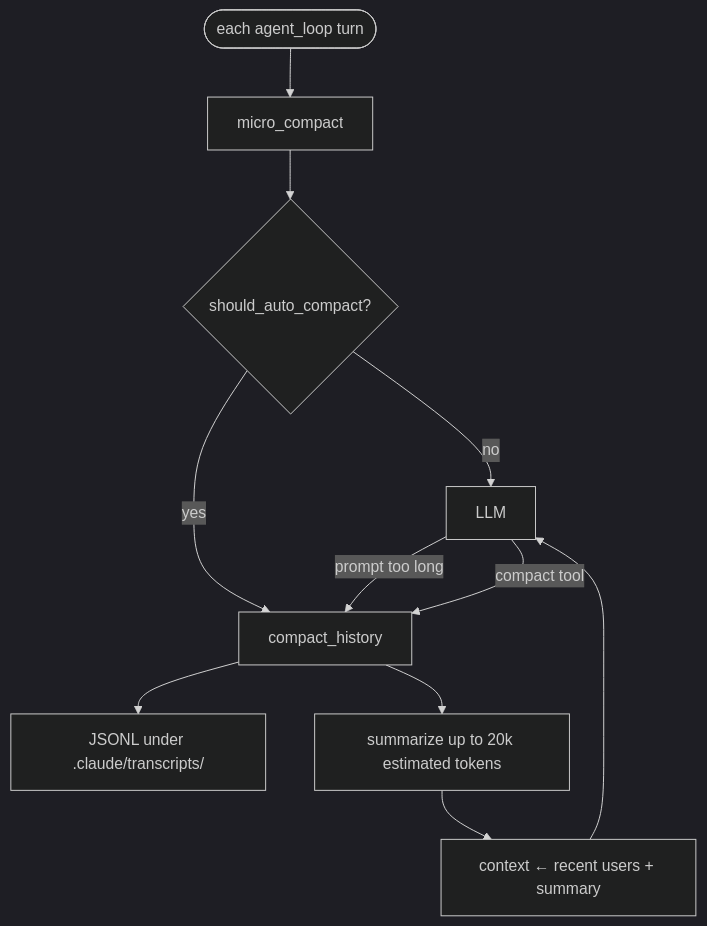
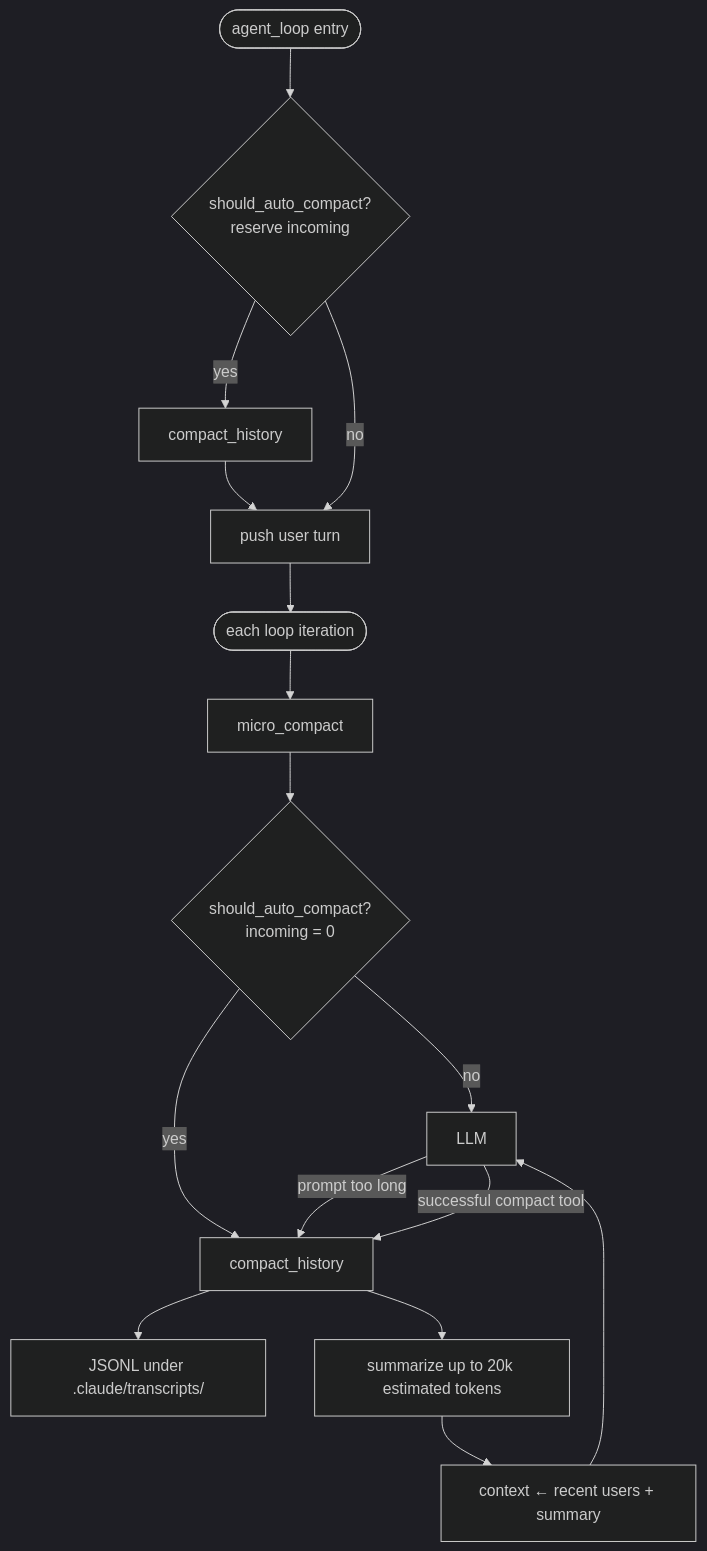
Before and after one commit to rust-infra/tact: the diagram in docs/compaction.md, drawn with Mermaid (dark theme). The commit also changed other lines of this file and 179 other files, not shown here.

````diff
--- a/docs/compaction.md
+++ b/docs/compaction.md
@@ -13,13 +13,18 @@
 ```mermaid
 flowchart TB
-    Turn([each agent_loop turn]) --> MC[micro_compact]
-    MC --> Est{should_auto_compact?}
+    Entry([agent_loop entry]) --> EntryEst{should_auto_compact?<br/>reserve incoming}
+    EntryEst -->|yes| EntryCH[compact_history]
+    EntryCH --> Push[push user turn]
+    EntryEst -->|no| Push
+    Push --> Turn([each loop iteration])
+    Turn --> MC[micro_compact]
+    MC --> Est{should_auto_compact?<br/>incoming = 0}
     Est -->|no| Prompt[LLM]
     Est -->|yes| CH[compact_history]
     Prompt -->|prompt too long| CH
-    Prompt -->|compact tool| CH
+    Prompt -->|successful compact tool| CH
     CH --> Transcript[JSONL under .claude/transcripts/]
     CH --> Sum[summarize up to 20k estimated tokens]
     Sum --> Replace[context ← recent users + summary]
     Replace --> Prompt
 ```
````
